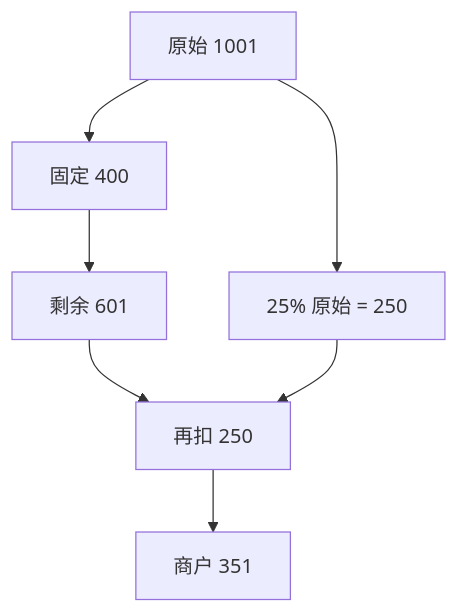
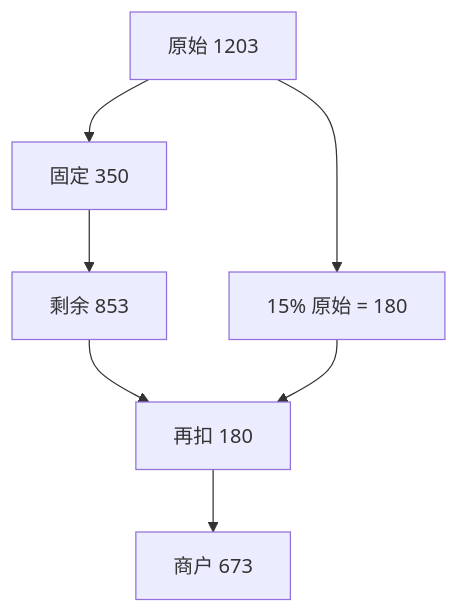
The diagram in vault/domains/low-level-design/cards/lcproject/lcp-receivable-allocation-reflection-original-vs-remaining.md (ChiChasesCheese/trellis), drawn with Mermaid before and after one commit. The commit also changed other lines of this file and 19 other files, not shown here.

````diff
--- a/vault/domains/low-level-design/cards/lcproject/lcp-receivable-allocation-reflection-original-vs-remaining.md
+++ b/vault/domains/low-level-design/cards/lcproject/lcp-receivable-allocation-reflection-original-vs-remaining.md
@@ -20,9 +20,9 @@
 ```mermaid
 flowchart TB
-    A[原始 1001] --> B[固定 400]
-    A --> C[25% 原始 = 250]
-    B --> D[剩余 601]
-    D --> E[再扣 250]
+    A[原始 1203] --> B[固定 350]
+    A --> C[15% 原始 = 180]
+    B --> D[剩余 853]
+    D --> E[再扣 180]
     C --> E
-    E --> F[商户 351]
+    E --> F[商户 673]
 ```
````
